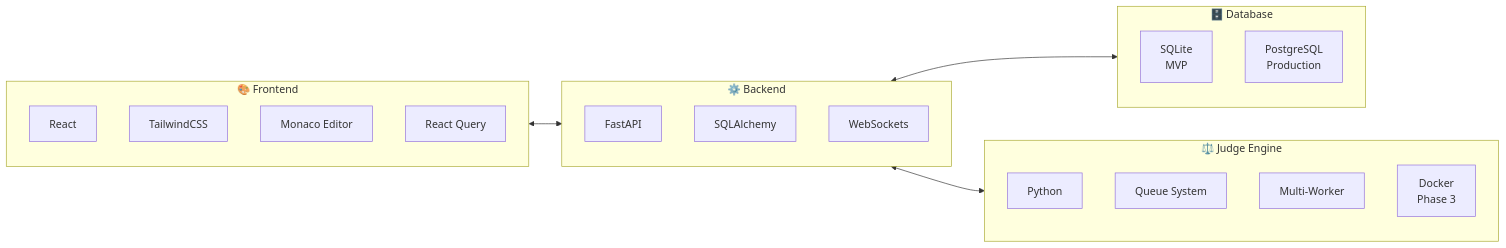
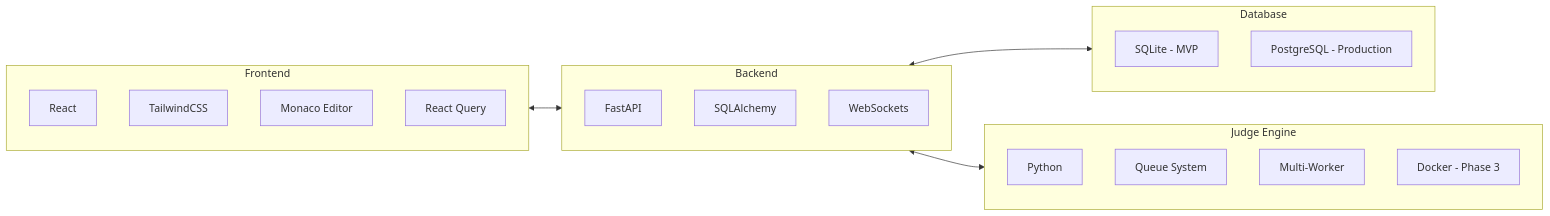
Before and after one commit to mrinmoyChakraborty-mrinox/ByteArena: the seventh of 8 diagrams in README.md, drawn with Mermaid. The commit also changed other lines of this file, not shown here.

First line of the commit message:
fix: resolve Mermaid diagram rendering issues on GitHub

````diff
--- a/README.md
+++ b/README.md
@@ -152,31 +158,31 @@
 ```mermaid
-graph LR
-    subgraph Frontend["🎨 Frontend"]
+flowchart LR
+    subgraph Frontend["Frontend"]
         RE[React]
         TW[TailwindCSS]
         ME[Monaco Editor]
         RQ[React Query]
     end
 
-    subgraph Backend["⚙️ Backend"]
+    subgraph Backend["Backend"]
         FA[FastAPI]
         SA[SQLAlchemy]
         WS[WebSockets]
     end
 
-    subgraph Database["🗄️ Database"]
-        SL[SQLite<br/>MVP]
-        PG[PostgreSQL<br/>Production]
+    subgraph Database["Database"]
+        SL[SQLite - MVP]
+        PG[PostgreSQL - Production]
     end
 
-    subgraph Judge["⚖️ Judge Engine"]
+    subgraph Judge["Judge Engine"]
         PY[Python]
         QS[Queue System]
         MW[Multi-Worker]
-        DK[Docker<br/>Phase 3]
+        DK[Docker - Phase 3]
     end
 
     Frontend <--> Backend
     Backend <--> Database
     Backend <--> Judge
 ```
````
